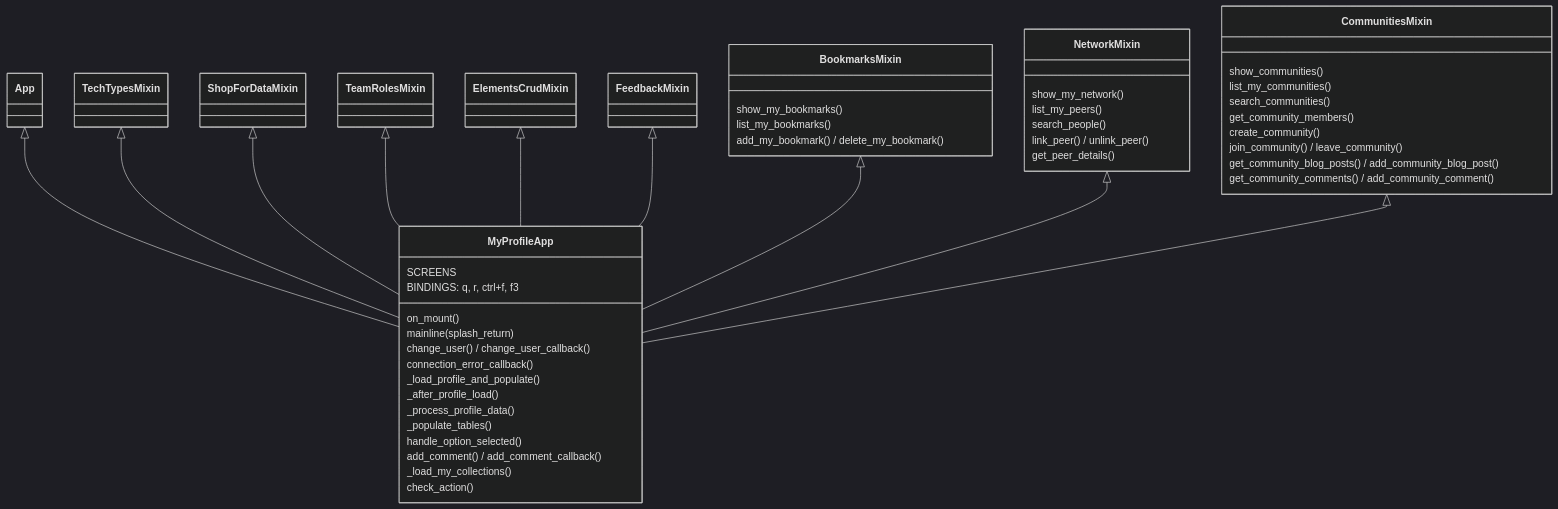
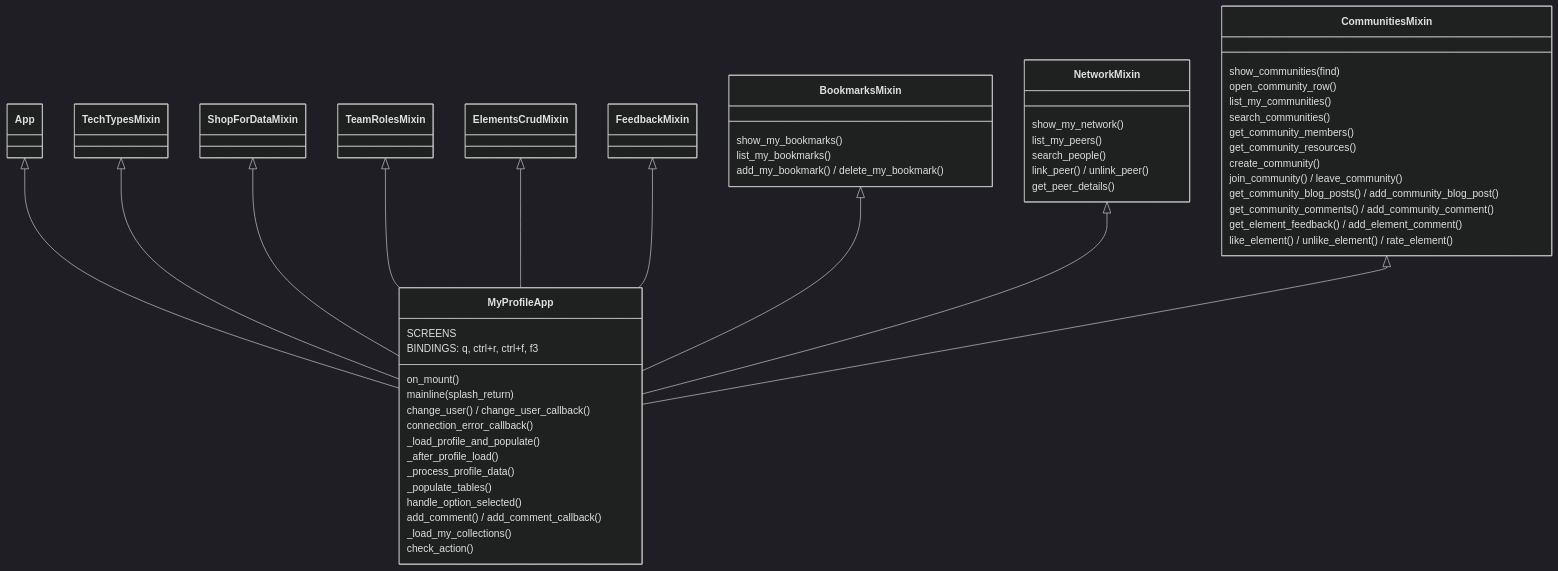
One commit to odpi/egeria-python changed the first of 10 diagrams in docs/My-Egeria-Doc.md. Above: the diagram before and after it, drawn with Mermaid (dark theme). The commit also changed other lines of this file and 31 other files, not shown here.

First line of the commit message:
My Profile: work with communities directly (resources, join, feedback on posts/resources) + video production updates (#601)

````diff
--- a/docs/My-Egeria-Doc.md
+++ b/docs/My-Egeria-Doc.md
@@ -46,56 +47,60 @@
 ```mermaid
 classDiagram
     class App
     class MyProfileApp {
         SCREENS
-        BINDINGS: q, r, ctrl+f, f3
+        BINDINGS: q, ctrl+r, ctrl+f, f3
         on_mount()
         mainline(splash_return)
         change_user() / change_user_callback()
         connection_error_callback()
         _load_profile_and_populate()
         _after_profile_load()
         _process_profile_data()
         _populate_tables()
         handle_option_selected()
         add_comment() / add_comment_callback()
         _load_my_collections()
         check_action()
     }
     class TechTypesMixin
     class ShopForDataMixin
     class TeamRolesMixin
     class ElementsCrudMixin
     class FeedbackMixin
     class BookmarksMixin {
         show_my_bookmarks()
         list_my_bookmarks()
         add_my_bookmark() / delete_my_bookmark()
     }
     class NetworkMixin {
         show_my_network()
         list_my_peers()
         search_people()
         link_peer() / unlink_peer()
         get_peer_details()
     }
     class CommunitiesMixin {
-        show_communities()
+        show_communities(find)
+        open_community_row()
         list_my_communities()
         search_communities()
         get_community_members()
+        get_community_resources()
         create_community()
         join_community() / leave_community()
         get_community_blog_posts() / add_community_blog_post()
         get_community_comments() / add_community_comment()
+        get_element_feedback() / add_element_comment()
+        like_element() / unlike_element() / rate_element()
     }
     App <|-- MyProfileApp
     TechTypesMixin <|-- MyProfileApp
     ShopForDataMixin <|-- MyProfileApp
     TeamRolesMixin <|-- MyProfileApp
     ElementsCrudMixin <|-- MyProfileApp
     FeedbackMixin <|-- MyProfileApp
     BookmarksMixin <|-- MyProfileApp
     NetworkMixin <|-- MyProfileApp
     CommunitiesMixin <|-- MyProfileApp
 ```
````
